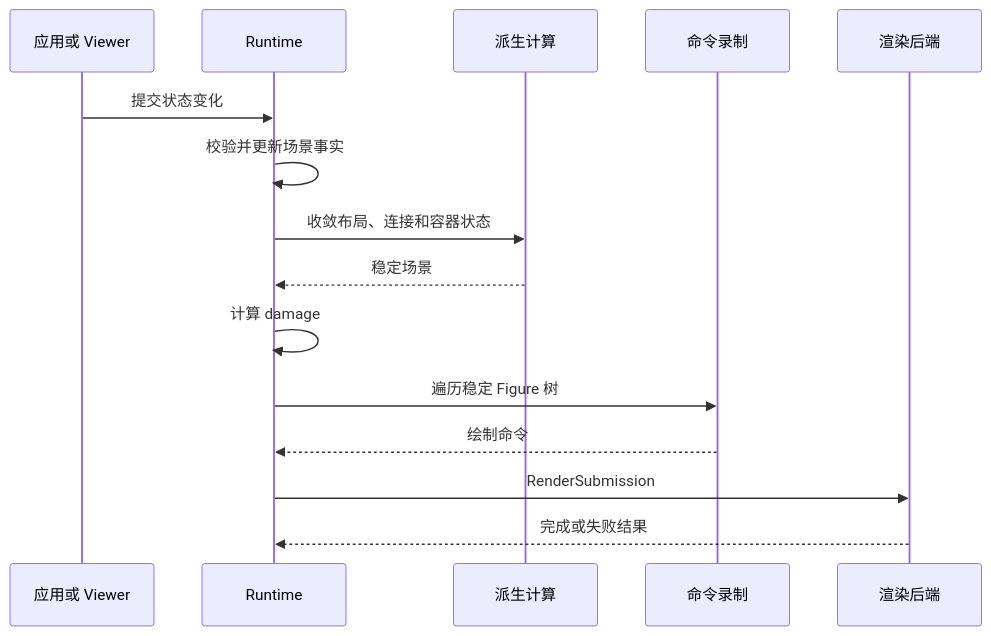
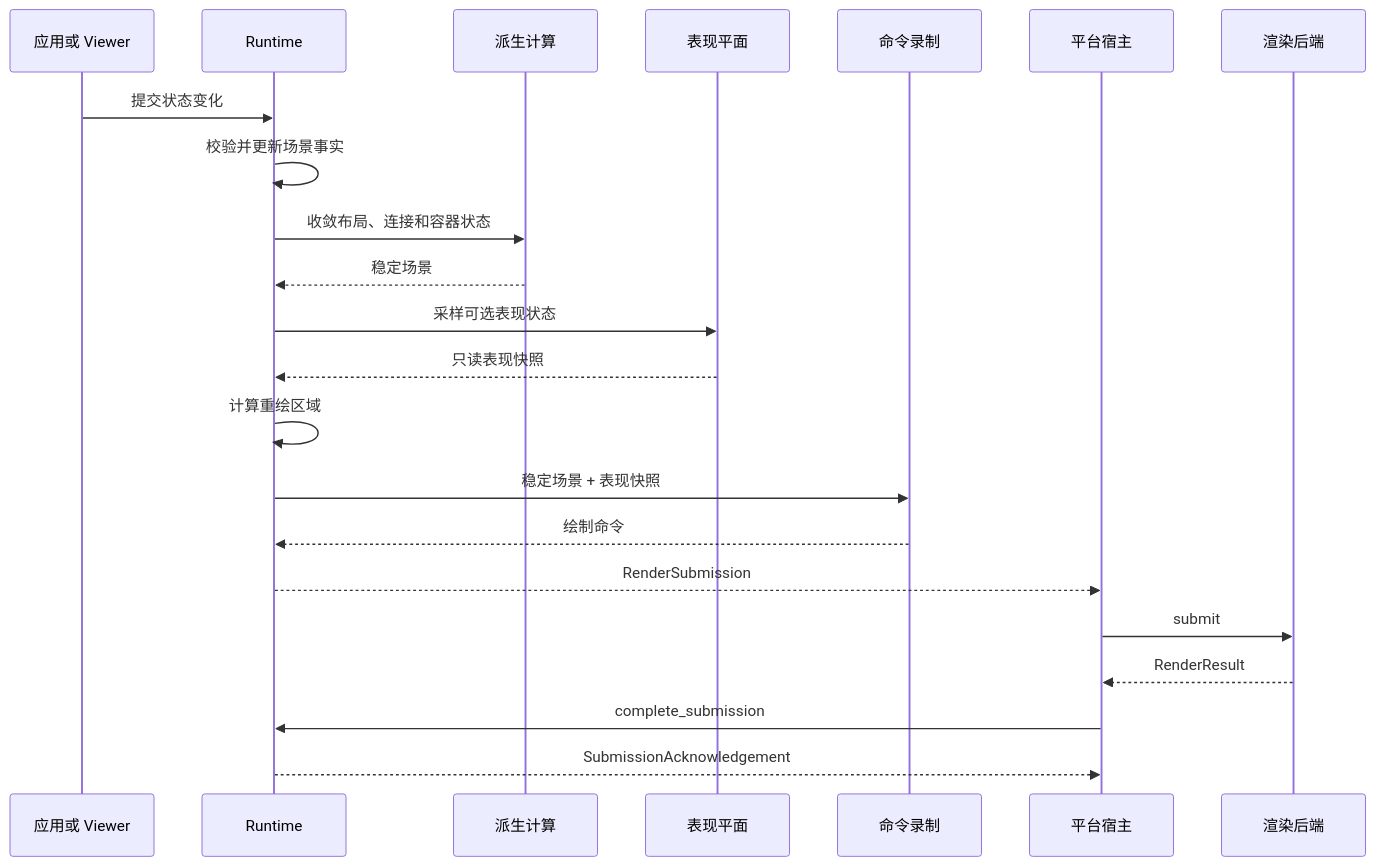
One commit to yezhang/novadraw changed the third of 4 diagrams in engine/wasm_rust/novadraw/book/internals/src/01-graphical-framework.md. Above: the diagram before and after it, drawn with Mermaid. The commit also changed other lines of this file and 19 other files, not shown here.

````diff
--- a/engine/wasm_rust/novadraw/book/internals/src/01-graphical-framework.md
+++ b/engine/wasm_rust/novadraw/book/internals/src/01-graphical-framework.md
@@ -202,18 +228,25 @@
 ```mermaid
 sequenceDiagram
     participant Source as 应用或 Viewer
     participant Runtime
     participant Derived as 派生计算
+    participant Presentation as 表现平面
     participant Recorder as 命令录制
+    participant Host as 平台宿主
     participant Backend as 渲染后端
 
     Source->>Runtime: 提交状态变化
     Runtime->>Runtime: 校验并更新场景事实
     Runtime->>Derived: 收敛布局、连接和容器状态
     Derived-->>Runtime: 稳定场景
-    Runtime->>Runtime: 计算 damage
-    Runtime->>Recorder: 遍历稳定 Figure 树
+    Runtime->>Presentation: 采样可选表现状态
+    Presentation-->>Runtime: 只读表现快照
+    Runtime->>Runtime: 计算重绘区域
+    Runtime->>Recorder: 稳定场景 + 表现快照
     Recorder-->>Runtime: 绘制命令
-    Runtime->>Backend: RenderSubmission
-    Backend-->>Runtime: 完成或失败结果
+    Runtime-->>Host: RenderSubmission
+    Host->>Backend: submit
+    Backend-->>Host: RenderResult
+    Host->>Runtime: complete_submission
+    Runtime-->>Host: SubmissionAcknowledgement
 ```
````
